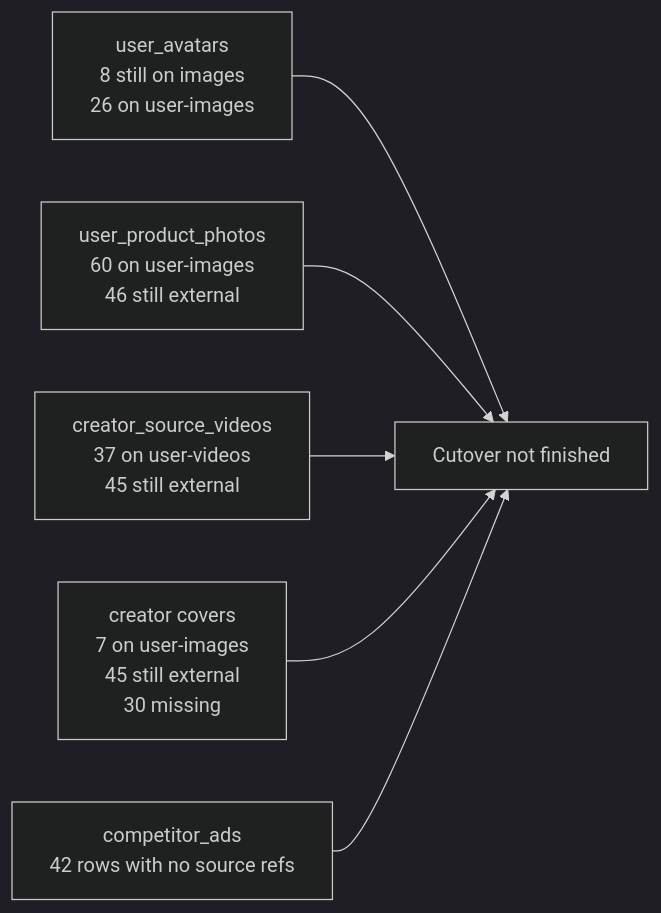
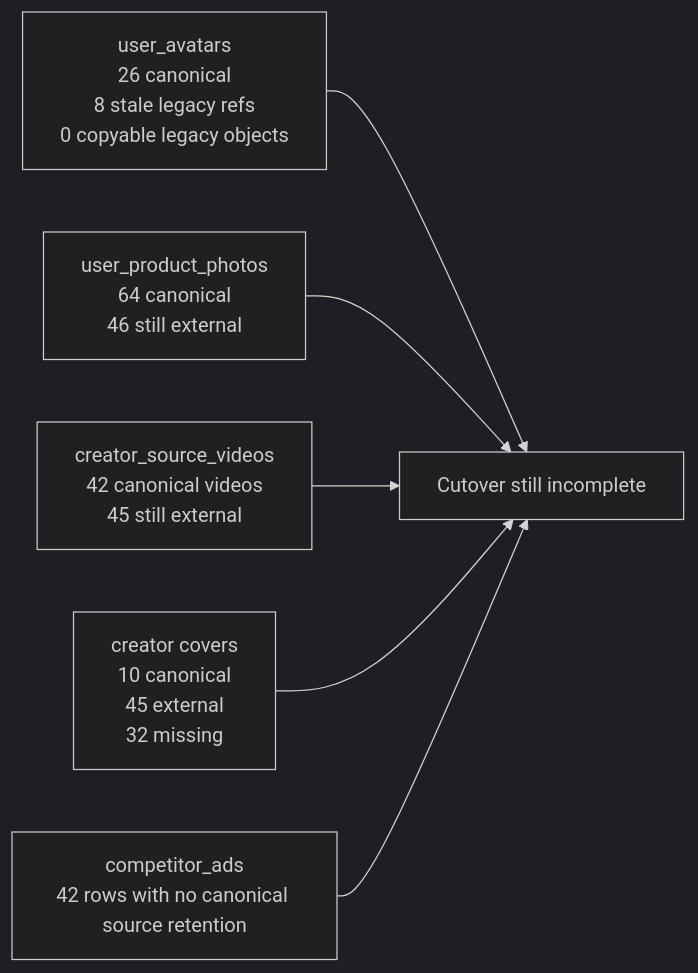
Before and after one commit to lantianlaoli/flowtra: the third of 3 diagrams in docs/storage-cutover-migration-overview.md, drawn with Mermaid (dark theme). The commit also changed other lines of this file and 11 other files, not shown here.

````diff
--- a/docs/storage-cutover-migration-overview.md
+++ b/docs/storage-cutover-migration-overview.md
@@ -148,14 +184,14 @@
 ```mermaid
 flowchart LR
-    A["user_avatars<br/>8 still on images<br/>26 on user-images"]
-    B["user_product_photos<br/>60 on user-images<br/>46 still external"]
-    C["creator_source_videos<br/>37 on user-videos<br/>45 still external"]
-    D["creator covers<br/>7 on user-images<br/>45 still external<br/>30 missing"]
-    E["competitor_ads<br/>42 rows with no source refs"]
+    A["user_avatars<br/>26 canonical<br/>8 stale legacy refs<br/>0 copyable legacy objects"]
+    B["user_product_photos<br/>64 canonical<br/>46 still external"]
+    C["creator_source_videos<br/>42 canonical videos<br/>45 still external"]
+    D["creator covers<br/>10 canonical<br/>45 external<br/>32 missing"]
+    E["competitor_ads<br/>42 rows with no canonical source retention"]
 
-    A --> F["Cutover not finished"]
+    A --> F["Cutover still incomplete"]
     B --> F
     C --> F
     D --> F
     E --> F
 ```
````
